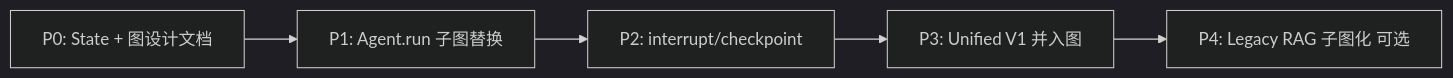
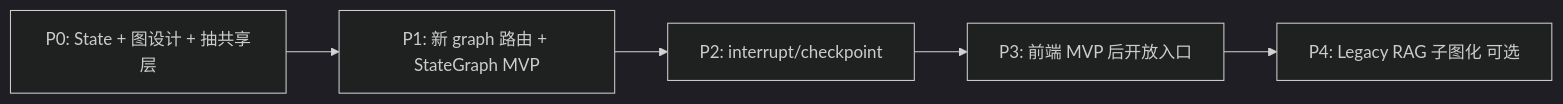
One commit to Cyning12/ai-ink-brain-api-python changed the diagram in docs/spec/research/SPEC-Research-SelfChain-vs-LangGraph-v1_zh.md. Above: the diagram before and after it, drawn with Mermaid (dark theme). The commit also changed other lines of this file and 1 other file, not shown here.

````diff
--- a/docs/spec/research/SPEC-Research-SelfChain-vs-LangGraph-v1_zh.md
+++ b/docs/spec/research/SPEC-Research-SelfChain-vs-LangGraph-v1_zh.md
@@ -405,7 +452,7 @@
 ```mermaid
 flowchart LR
-  P0[P0: State + 图设计文档] --> P1[P1: Agent.run 子图替换]
+  P0[P0: State + 图设计 + 抽共享层] --> P1[P1: 新 graph 路由 + StateGraph MVP]
   P1 --> P2[P2: interrupt/checkpoint]
-  P2 --> P3[P3: Unified V1 并入图]
+  P2 --> P3[P3: 前端 MVP 后开放入口]
   P3 --> P4[P4: Legacy RAG 子图化 可选]
 ```
````
